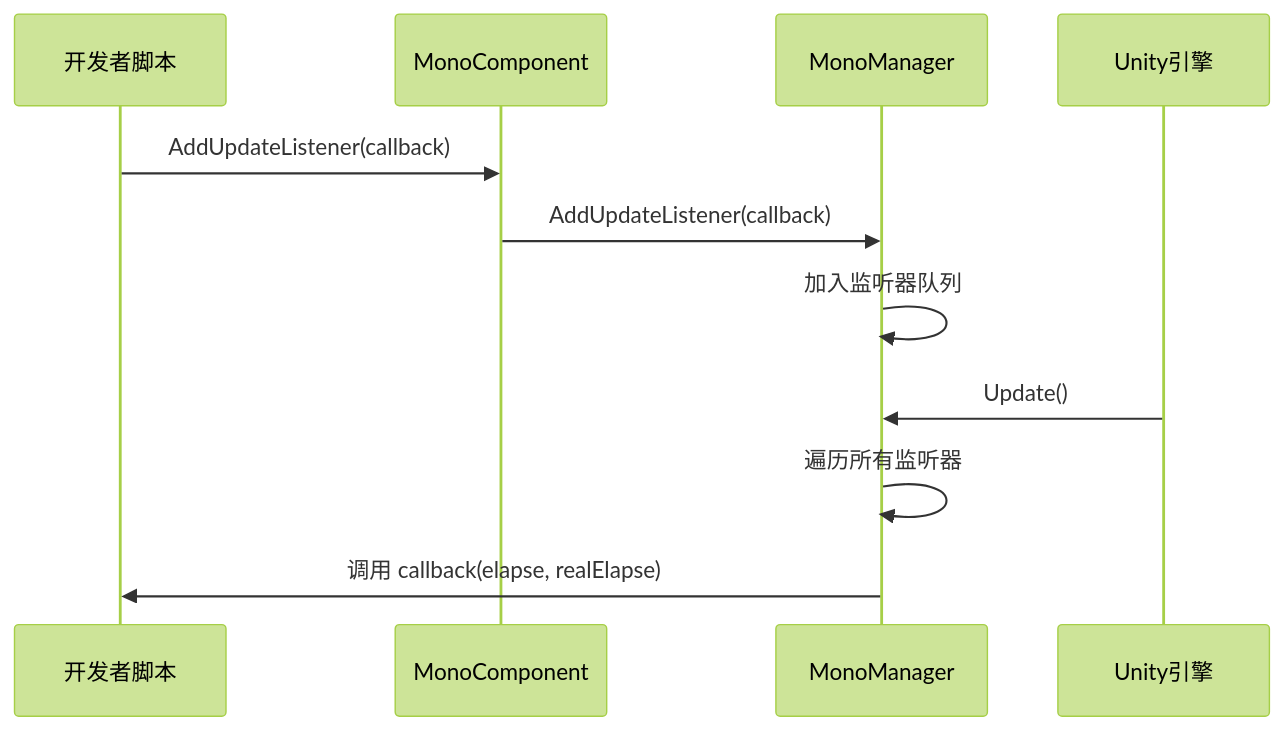
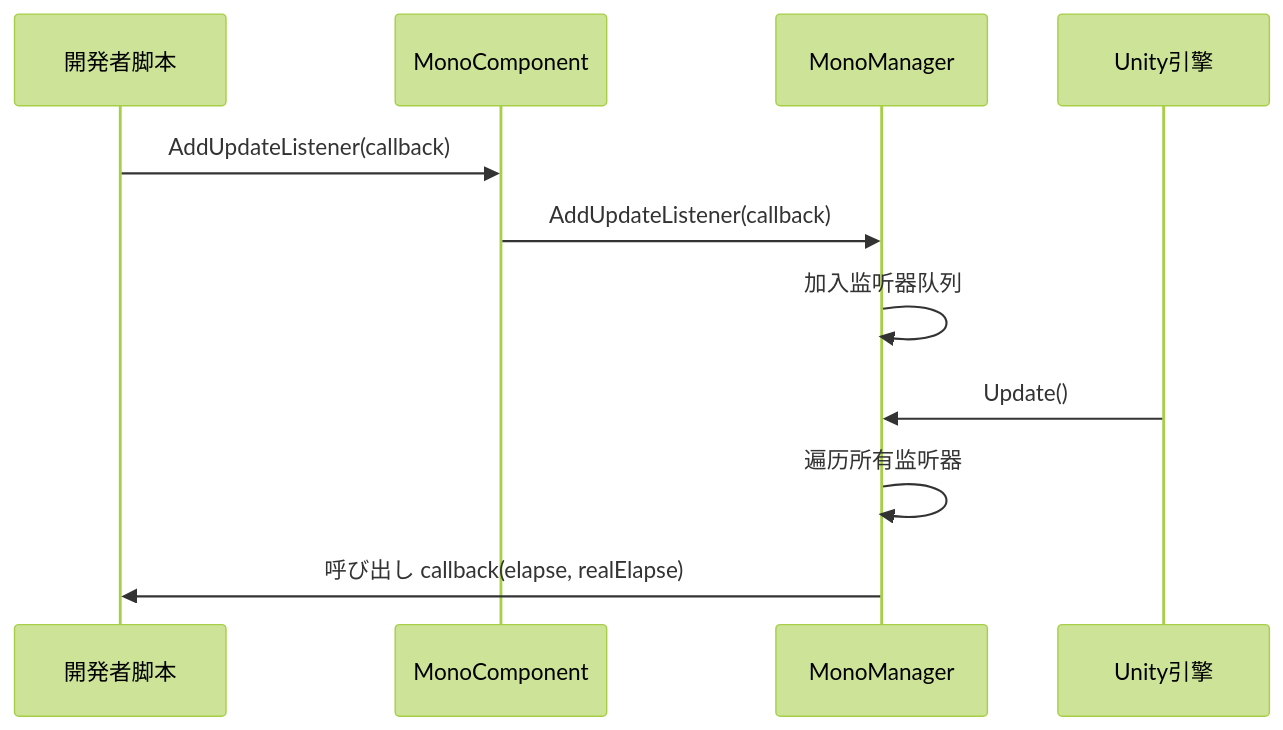
Before and after one commit to AlianBlank/GameFrameX.Docs: the second of 2 diagrams in docs/ja/client/unity/component/mono/03.getting-started.md, drawn with Mermaid (forest theme). The commit also changed other lines of this file and 603 other files, not shown here.

````diff
--- a/docs/ja/client/unity/component/mono/03.getting-started.md
+++ b/docs/ja/client/unity/component/mono/03.getting-started.md
@@ -64,15 +64,15 @@
 ```mermaid
 sequenceDiagram
-    participant Dev as 开发者脚本
+    participant Dev as 開発者脚本
     participant MC as MonoComponent
     participant MM as MonoManager
     participant Unity as Unity引擎
 
     Dev->>MC: AddUpdateListener(callback)
     MC->>MM: AddUpdateListener(callback)
     MM->>MM: 加入监听器队列
 
     Unity->>MM: Update()
     MM->>MM: 遍历所有监听器
-    MM->>Dev: 调用 callback(elapse, realElapse)
+    MM->>Dev: 呼び出し callback(elapse, realElapse)
 ```
````
